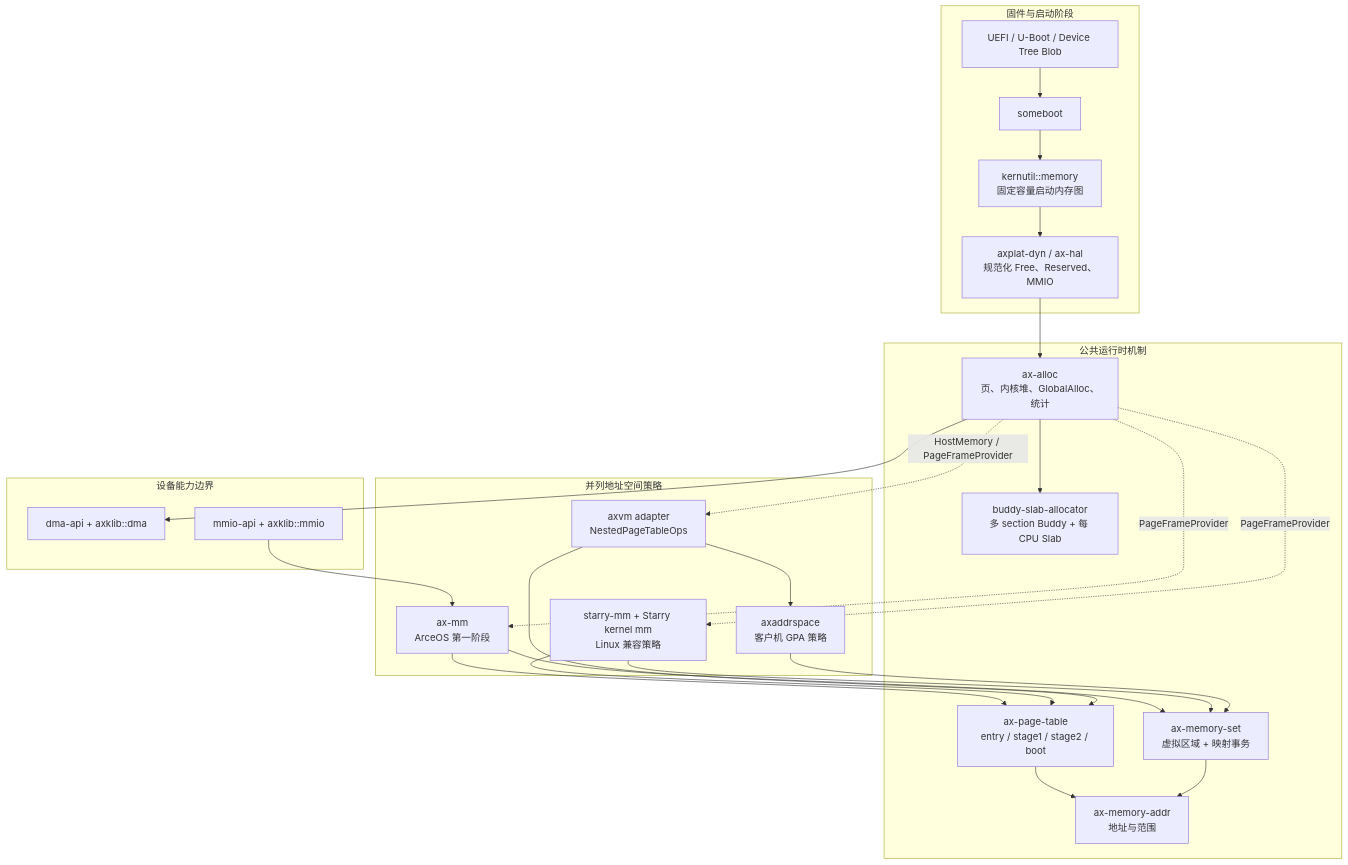
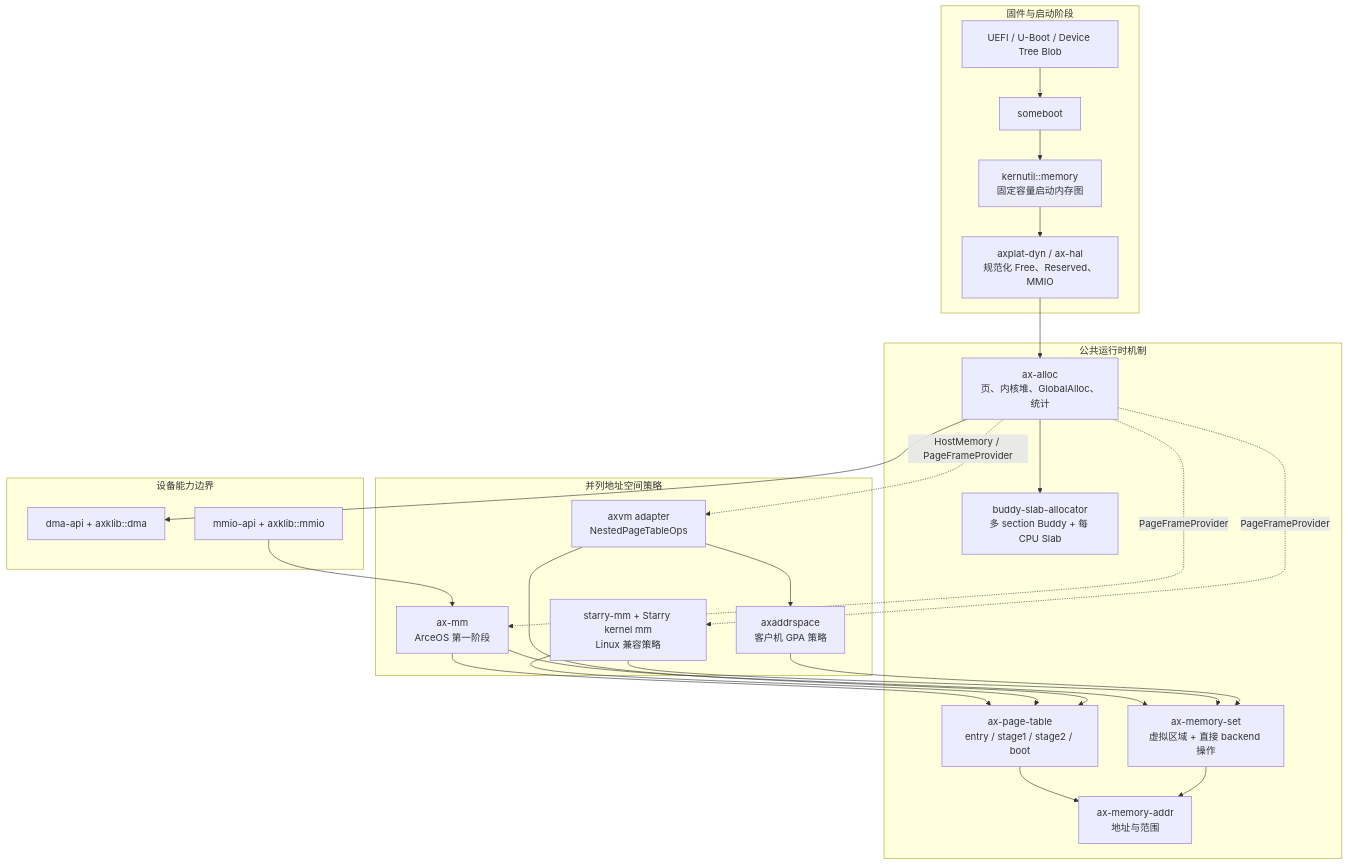
Before and after one commit to rcore-os/tgoskits: the first of 3 diagrams in docs/docs/architecture/memory/overview.md, drawn with Mermaid. The commit also changed other lines of this file and 84 other files, not shown here.

Commit message:
refactor(memory): replace transaction protocol with direct backend operations

````diff
--- a/docs/docs/architecture/memory/overview.md
+++ b/docs/docs/architecture/memory/overview.md
@@ -16,43 +16,43 @@
 ```mermaid
 flowchart TB
     subgraph Firmware["固件与启动阶段"]
         FW["UEFI / U-Boot / Device Tree Blob"] --> BOOT["someboot"]
         BOOT --> BMAP["kernutil::memory\n固定容量启动内存图"]
         BMAP --> HANDOFF["axplat-dyn / ax-hal\n规范化 Free、Reserved、MMIO"]
     end
 
     subgraph Runtime["公共运行时机制"]
         HANDOFF --> ALLOC["ax-alloc\n页、内核堆、GlobalAlloc、统计"]
         ALLOC --> BS["buddy-slab-allocator\n多 section Buddy + 每 CPU Slab"]
         PT["ax-page-table\nentry / stage1 / stage2 / boot"]
-        SET["ax-memory-set\n虚拟区域 + 映射事务"]
+        SET["ax-memory-set\n虚拟区域 + 直接 backend 操作"]
         ADDR["ax-memory-addr\n地址与范围"]
         PT --> ADDR
         SET --> ADDR
     end
 
     subgraph Policy["并列地址空间策略"]
         AXMM["ax-mm\nArceOS 第一阶段"]
         STARRY["starry-mm + Starry kernel mm\nLinux 兼容策略"]
         AXAS["axaddrspace\n客户机 GPA 策略"]
         AXVM["axvm adapter\nNestedPageTableOps"]
         AXMM --> PT
         AXMM --> SET
         STARRY --> PT
         STARRY --> SET
         AXAS --> SET
         AXVM --> AXAS
         AXVM --> PT
     end
 
     subgraph Device["设备能力边界"]
         DMA["dma-api + axklib::dma"]
         MMIO["mmio-api + axklib::mmio"]
     end
 
     ALLOC -. "PageFrameProvider" .-> AXMM
     ALLOC -. "PageFrameProvider" .-> STARRY
     ALLOC -. "HostMemory / PageFrameProvider" .-> AXVM
     ALLOC --> DMA
     MMIO --> AXMM
 ```
````
